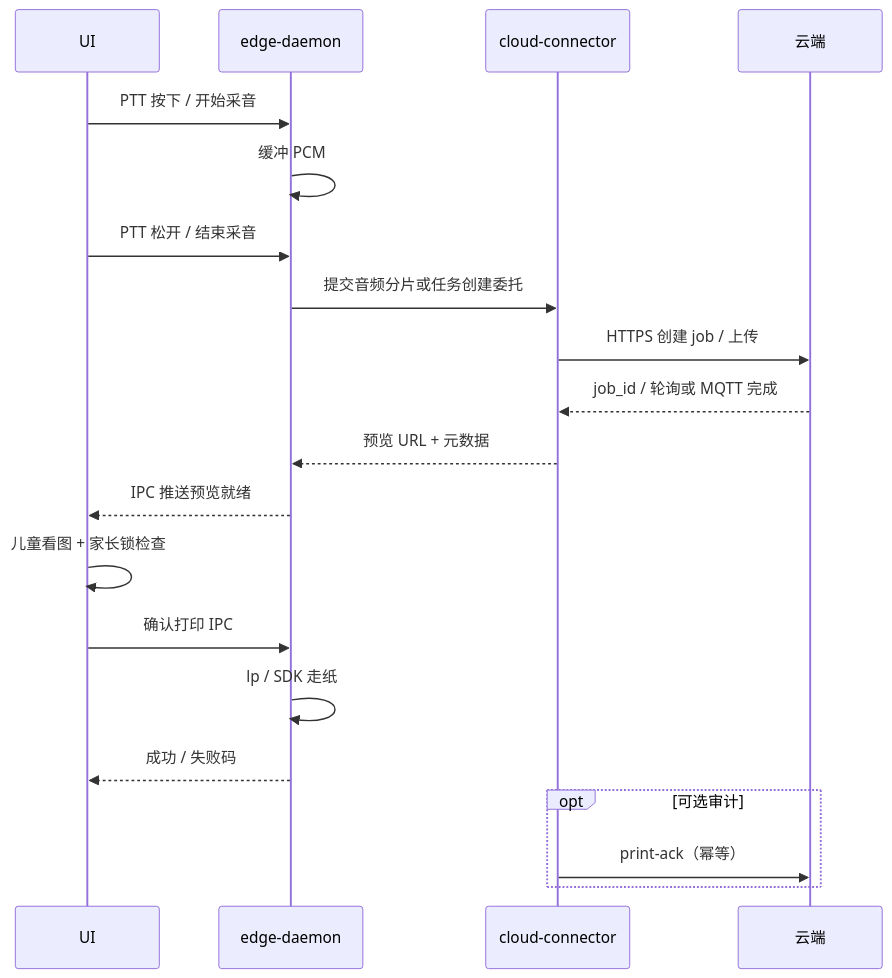
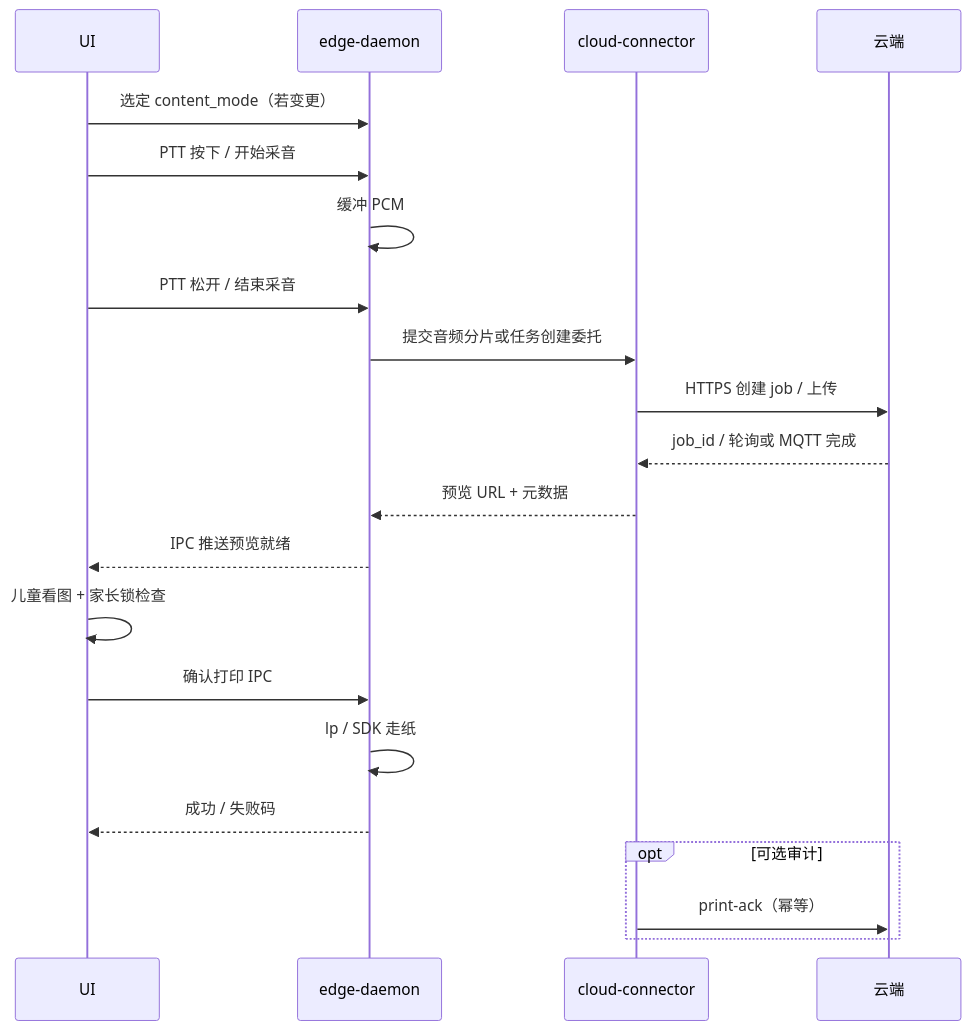
One commit to ivanzwb/fancy-print changed the third of 3 diagrams in doc/3. 端侧设计.md. Above: the diagram before and after it, drawn with Mermaid. The commit also changed other lines of this file and 6 other files, not shown here.

````diff
--- a/doc/3. 端侧设计.md
+++ b/doc/3. 端侧设计.md
@@ -122,23 +179,24 @@
 ```mermaid
 sequenceDiagram
   participant U as UI
   participant D as edge-daemon
   participant N as cloud-connector
   participant S as 云端
 
+  U->>D: 选定 content_mode（若变更）
   U->>D: PTT 按下 / 开始采音
   D->>D: 缓冲 PCM
   U->>D: PTT 松开 / 结束采音
   D->>N: 提交音频分片或任务创建委托
   N->>S: HTTPS 创建 job / 上传
   S-->>N: job_id / 轮询或 MQTT 完成
   N-->>D: 预览 URL + 元数据
   D-->>U: IPC 推送预览就绪
   U->>U: 儿童看图 + 家长锁检查
   U->>D: 确认打印 IPC
   D->>D: lp / SDK 走纸
   D-->>U: 成功 / 失败码
   opt 可选审计
     N->>S: print-ack（幂等）
   end
 ```
````
